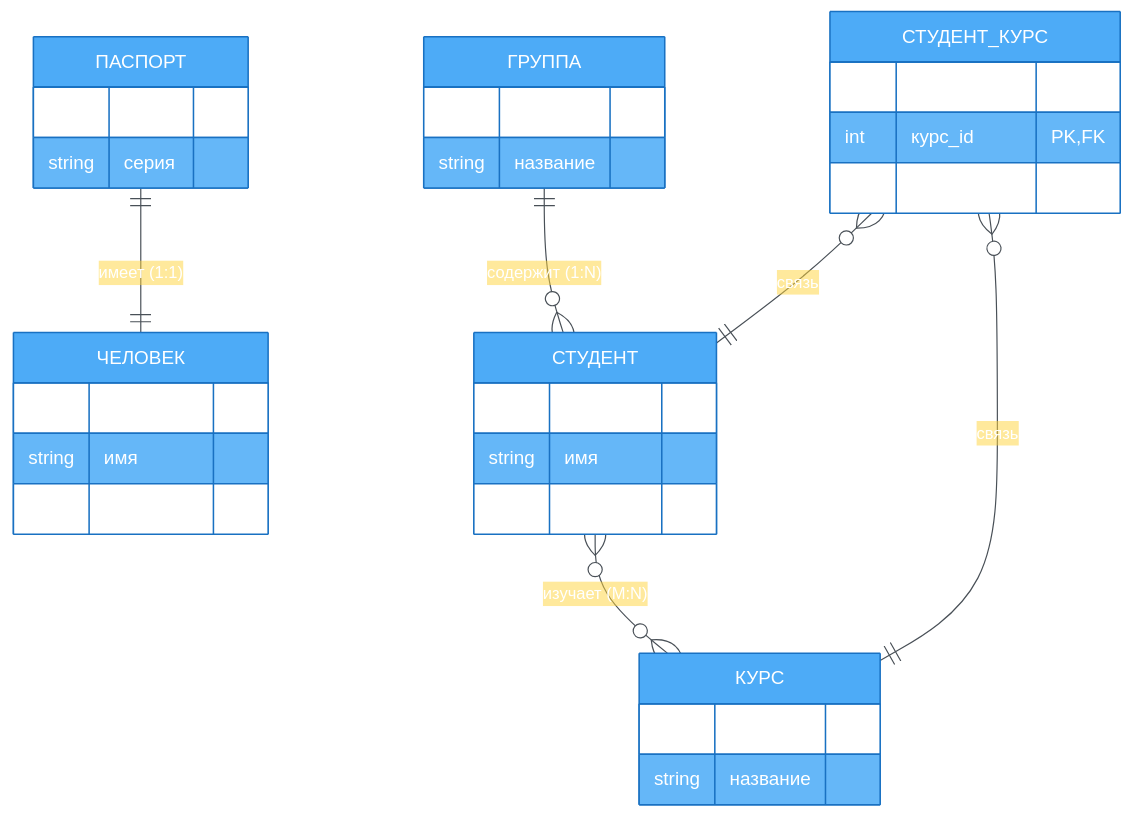
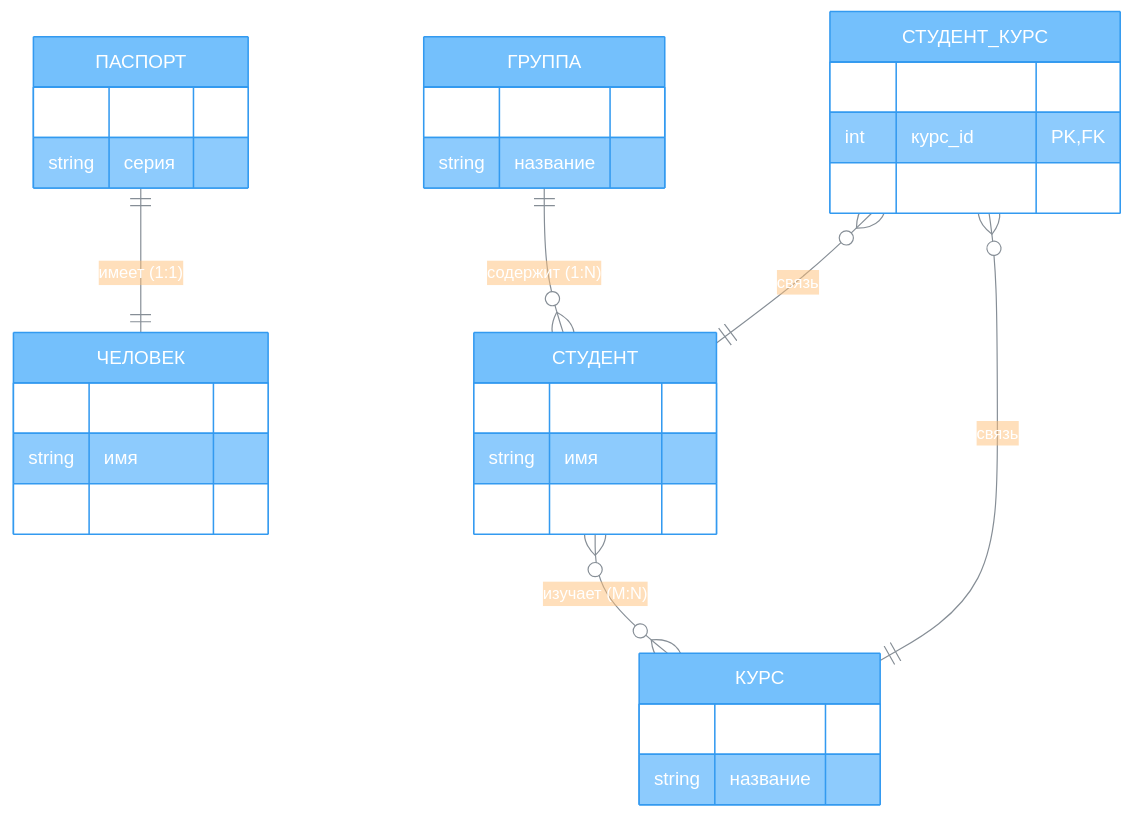
Before and after one commit to alx314vo/db_exam: the second of 23 diagrams in db_exam.md, drawn with Mermaid. The commit also changed other lines of this file, not shown here.

````diff
--- a/db_exam.md
+++ b/db_exam.md
@@ -113,37 +113,37 @@
 ```mermaid
-%%{init: {'theme':'base', 'themeVariables': {'primaryColor':'#4dabf7','primaryTextColor':'#fff','primaryBorderColor':'#1971c2','lineColor':'#495057','secondaryColor':'#51cf66','tertiaryColor':'#ffd43b'}}}%%
+%%{init: {'theme':'base', 'themeVariables': {'primaryColor':'#74c0fc','primaryTextColor':'#fff','primaryBorderColor':'#339af0','lineColor':'#868e96','secondaryColor':'#868e96','tertiaryColor':'#ffc078','background':'#ffffff','textColor':'#212529'}}}%%
 erDiagram
     ПАСПОРТ ||--|| ЧЕЛОВЕК : "имеет (1:1)"
     ГРУППА ||--o{ СТУДЕНТ : "содержит (1:N)"
     СТУДЕНТ }o--o{ КУРС : "изучает (M:N)"
     СТУДЕНТ_КУРС }o--|| СТУДЕНТ : "связь"
     СТУДЕНТ_КУРС }o--|| КУРС : "связь"
     
     ПАСПОРТ {
         int номер PK
         string серия
     }
     ЧЕЛОВЕК {
         int id PK
         string имя
         int паспорт_id FK
     }
     ГРУППА {
         int id PK
         string название
     }
     СТУДЕНТ {
         int id PK
         string имя
         int группа_id FK
     }
     КУРС {
         int id PK
         string название
     }
     СТУДЕНТ_КУРС {
         int студент_id PK,FK
         int курс_id PK,FK
         date дата_записи
     }
 ```
````
